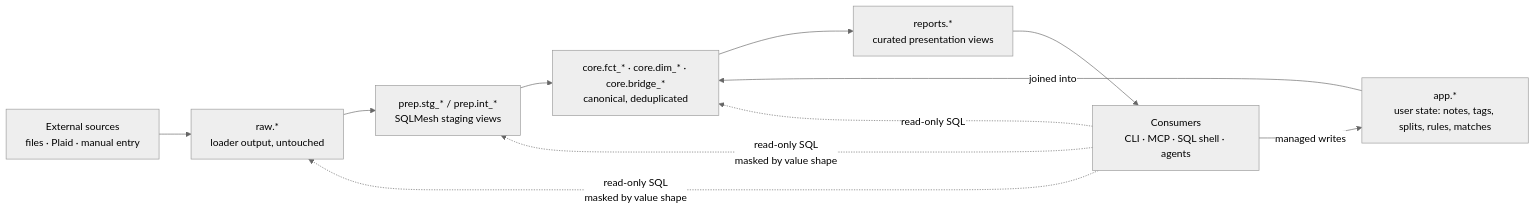
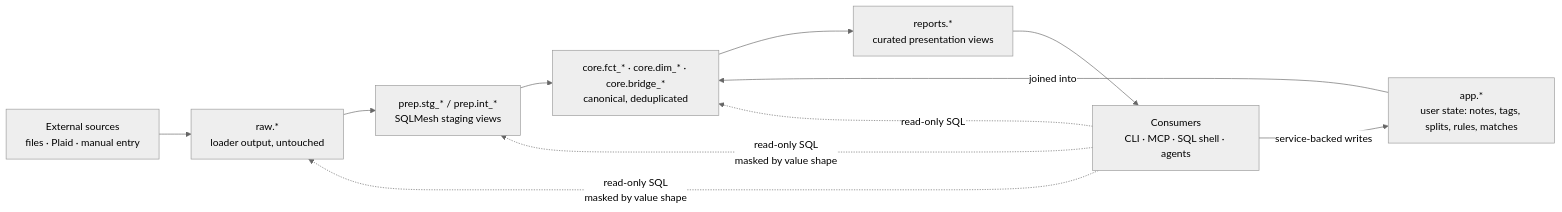
Before and after one commit to bsaffel/moneybin: the diagram in docs/guides/data-pipeline.md, drawn with Mermaid (neutral theme). The commit also changed other lines of this file and 7 other files, not shown here.

````diff
--- a/docs/guides/data-pipeline.md
+++ b/docs/guides/data-pipeline.md
@@ -10,17 +10,17 @@
 ```mermaid
 flowchart LR
   sources["External sources<br/>files · Plaid · manual entry"]
   raw["raw.*<br/>loader output, untouched"]
   prep["prep.stg_* / prep.int_*<br/>SQLMesh staging views"]
   core["core.fct_* · core.dim_* · core.bridge_*<br/>canonical, deduplicated"]
   app["app.*<br/>user state: notes, tags, splits, rules, matches"]
   reports["reports.*<br/>curated presentation views"]
   consumers["Consumers<br/>CLI · MCP · SQL shell · agents"]
 
   sources --> raw --> prep --> core --> reports --> consumers
   app -- joined into --> core
-  consumers -- managed writes --> app
+  consumers -- service-backed writes --> app
   consumers -. read-only SQL .-> core
   consumers -. "read-only SQL<br/>masked by value shape" .-> raw
   consumers -. "read-only SQL<br/>masked by value shape" .-> prep
 ```
````
